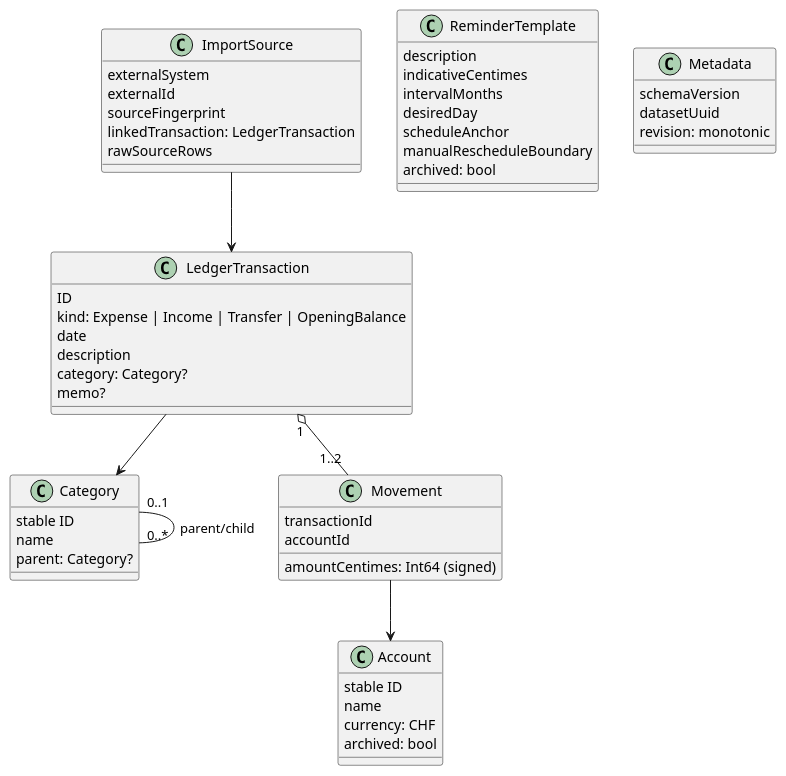
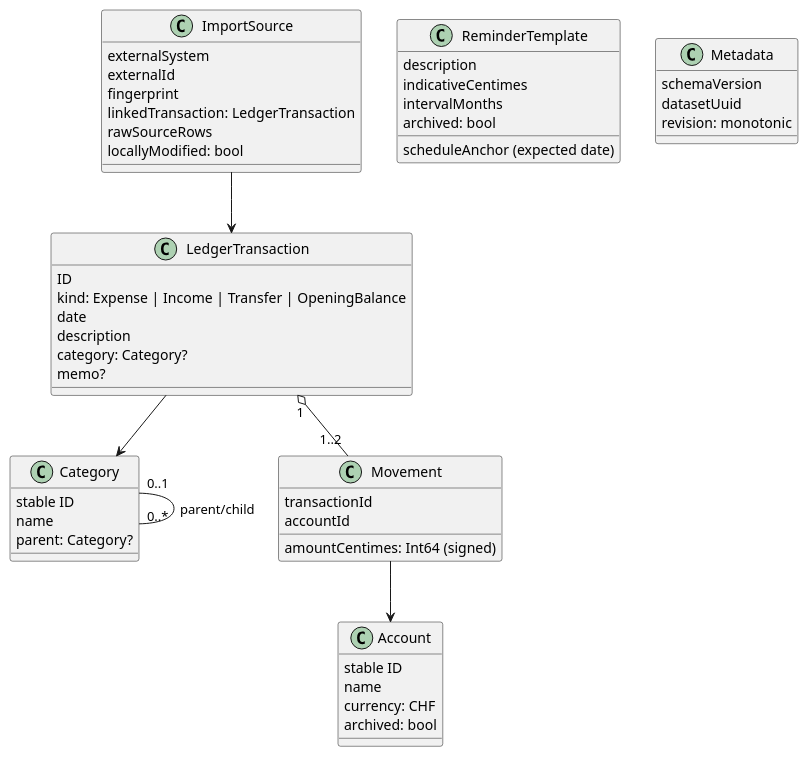
The second of 5 diagrams in docs/Technical_Design_Description.md (Tariatan/Balancia), drawn with PlantUML before and after one commit. The commit also changed other lines of this file and 88 other files, not shown here.

````diff
--- a/docs/Technical_Design_Description.md
+++ b/docs/Technical_Design_Description.md
@@ -154,62 +160,61 @@
 ```plantuml
 @startuml
 class Account {
   stable ID
   name
   currency: CHF
   archived: bool
 }
 
 class Category {
   stable ID
   name
   parent: Category?
   ' at most two levels
 }
 
 class LedgerTransaction {
   ID
   kind: Expense | Income | Transfer | OpeningBalance
   date
   description
   category: Category?
   memo?
 }
 
 class Movement {
   transactionId
   accountId
   amountCentimes: Int64 (signed)
 }
 
 class ReminderTemplate {
   description
   indicativeCentimes
   intervalMonths
-  desiredDay
-  scheduleAnchor
-  manualRescheduleBoundary
+  scheduleAnchor (expected date)
   archived: bool
 }
 
 class ImportSource {
   externalSystem
   externalId
-  sourceFingerprint
+  fingerprint
   linkedTransaction: LedgerTransaction
   rawSourceRows
+  locallyModified: bool
 }
 
 class Metadata {
   schemaVersion
   datasetUuid
   revision: monotonic
 }
 
 LedgerTransaction "1" o-- "1..2" Movement
 Category "0..1" -- "0..*" Category : parent/child
 LedgerTransaction --> Category
 Movement --> Account
 ImportSource --> LedgerTransaction
 @enduml
 ```
````
